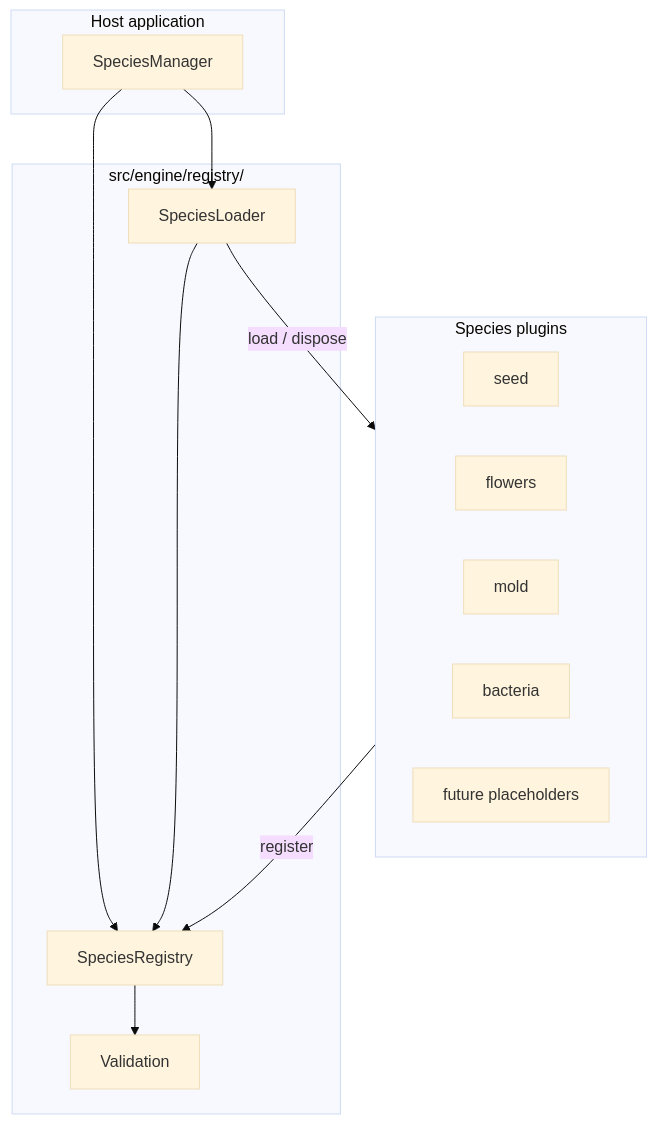
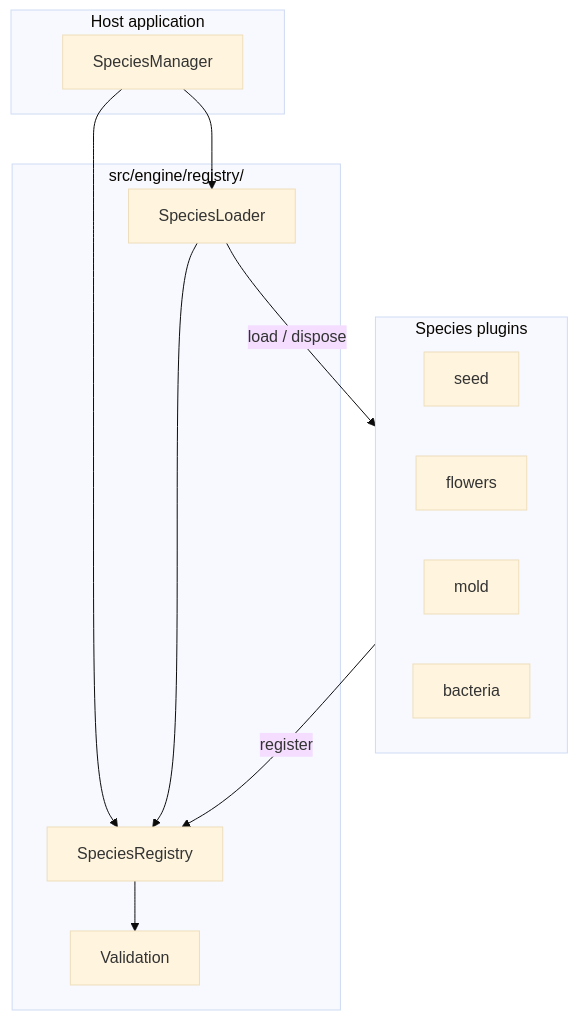
The diagram in docs/PLUGIN_ARCHITECTURE.md (nate-thousand/plantasia-sound-engine), drawn with Mermaid (base theme) before and after one commit. The commit also changed other lines of this file and 29 other files, not shown here.

First line of the commit message:
Remove the placeholder species mechanism (ROADMAP decision 9)

````diff
--- a/docs/PLUGIN_ARCHITECTURE.md
+++ b/docs/PLUGIN_ARCHITECTURE.md
@@ -9,27 +9,26 @@
 ```mermaid
 flowchart TB
   subgraph host [Host application]
     SM[SpeciesManager]
   end
 
   subgraph registry [src/engine/registry/]
     SR[SpeciesRegistry]
     SL[SpeciesLoader]
     V[Validation]
   end
 
   subgraph plugins [Species plugins]
     S[seed]
     F[flowers]
     M[mold]
     B[bacteria]
-    U[future placeholders]
   end
 
   SM --> SR
   SM --> SL
   SR --> V
   SL --> SR
   plugins -->|register| SR
   SL -->|load / dispose| plugins
 ```
````
